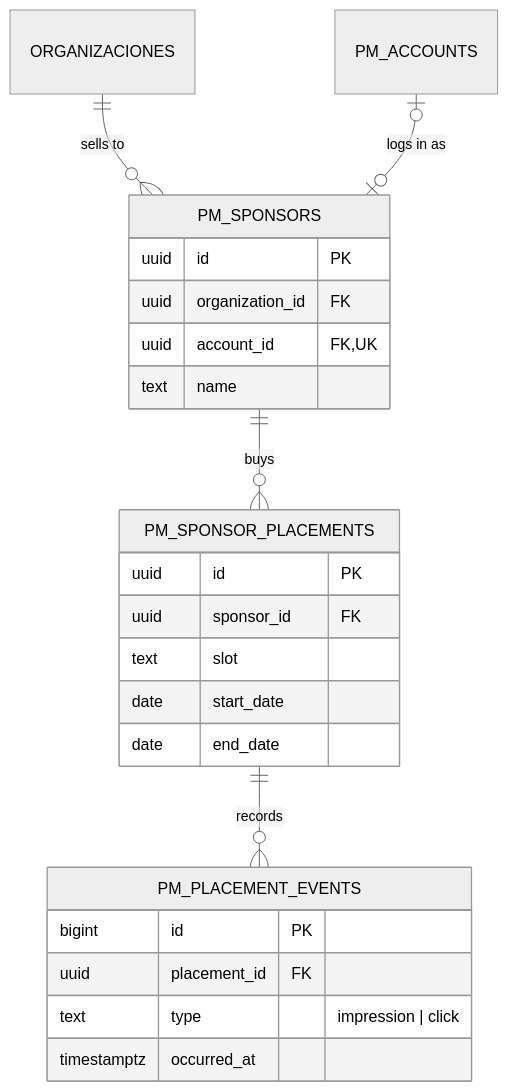
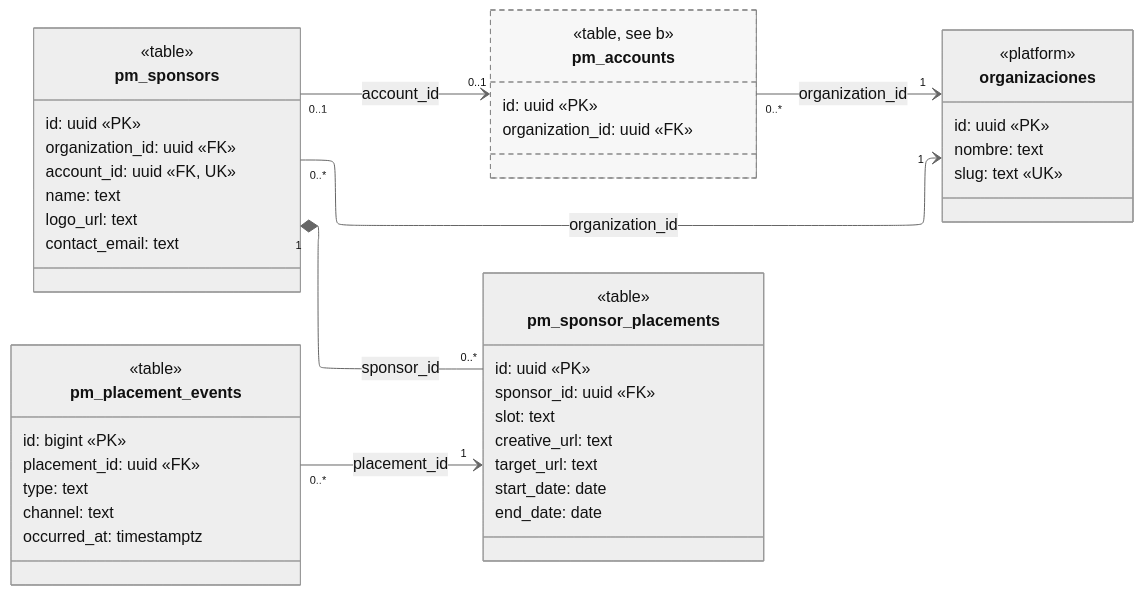
Before and after one commit to hmragencia/ingesoft2-tournament-platform: the third of 5 diagrams in Workshop-2/04-relational-database-model.md, drawn with Mermaid (neutral theme). The commit also changed other lines of this file and 12 other files, not shown here.

````diff
--- a/Workshop-2/04-relational-database-model.md
+++ b/Workshop-2/04-relational-database-model.md
@@ -57,27 +214,54 @@
 ```mermaid
-erDiagram
-  ORGANIZACIONES ||--o{ PM_SPONSORS : "sells to"
-  PM_ACCOUNTS |o--o| PM_SPONSORS : "logs in as"
-  PM_SPONSORS ||--o{ PM_SPONSOR_PLACEMENTS : buys
-  PM_SPONSOR_PLACEMENTS ||--o{ PM_PLACEMENT_EVENTS : records
+---
+config:
+  layout: elk
+---
+classDiagram
+  direction LR
+  class organizaciones {
+    <<platform>>
+    id: uuid «PK»
+    nombre: text
+    slug: text «UK»
+  }
+  class pm_accounts:::reference {
+    <<table, see b>>
+    id: uuid «PK»
+    organization_id: uuid «FK»
+  }
+  class pm_sponsors {
+    <<table>>
+    id: uuid «PK»
+    organization_id: uuid «FK»
+    account_id: uuid «FK, UK»
+    name: text
+    logo_url: text
+    contact_email: text
+  }
+  class pm_sponsor_placements {
+    <<table>>
+    id: uuid «PK»
+    sponsor_id: uuid «FK»
+    slot: text
+    creative_url: text
+    target_url: text
+    start_date: date
+    end_date: date
+  }
+  class pm_placement_events {
+    <<table>>
+    id: bigint «PK»
+    placement_id: uuid «FK»
+    type: text
+    channel: text
+    occurred_at: timestamptz
+  }
 
-  PM_SPONSORS {
-    uuid id PK
-    uuid organization_id FK
-    uuid account_id FK, UK
-    text name
-  }
-  PM_SPONSOR_PLACEMENTS {
-    uuid id PK
-    uuid sponsor_id FK
-    text slot
-    date start_date
-    date end_date
-  }
-  PM_PLACEMENT_EVENTS {
-    bigint id PK
-    uuid placement_id FK
-    text type "impression | click"
-    timestamptz occurred_at
-  }
+  pm_accounts "0..*" --> "1" organizaciones : organization_id
+  pm_sponsors "0..*" --> "1" organizaciones : organization_id
+  pm_sponsors "0..1" --> "0..1" pm_accounts : account_id
+  pm_sponsors "1" *-- "0..*" pm_sponsor_placements : sponsor_id
+  pm_placement_events "0..*" --> "1" pm_sponsor_placements : placement_id
+
+  classDef reference fill:#f7f7f7,stroke:#888,stroke-dasharray:5 4
 ```
````
